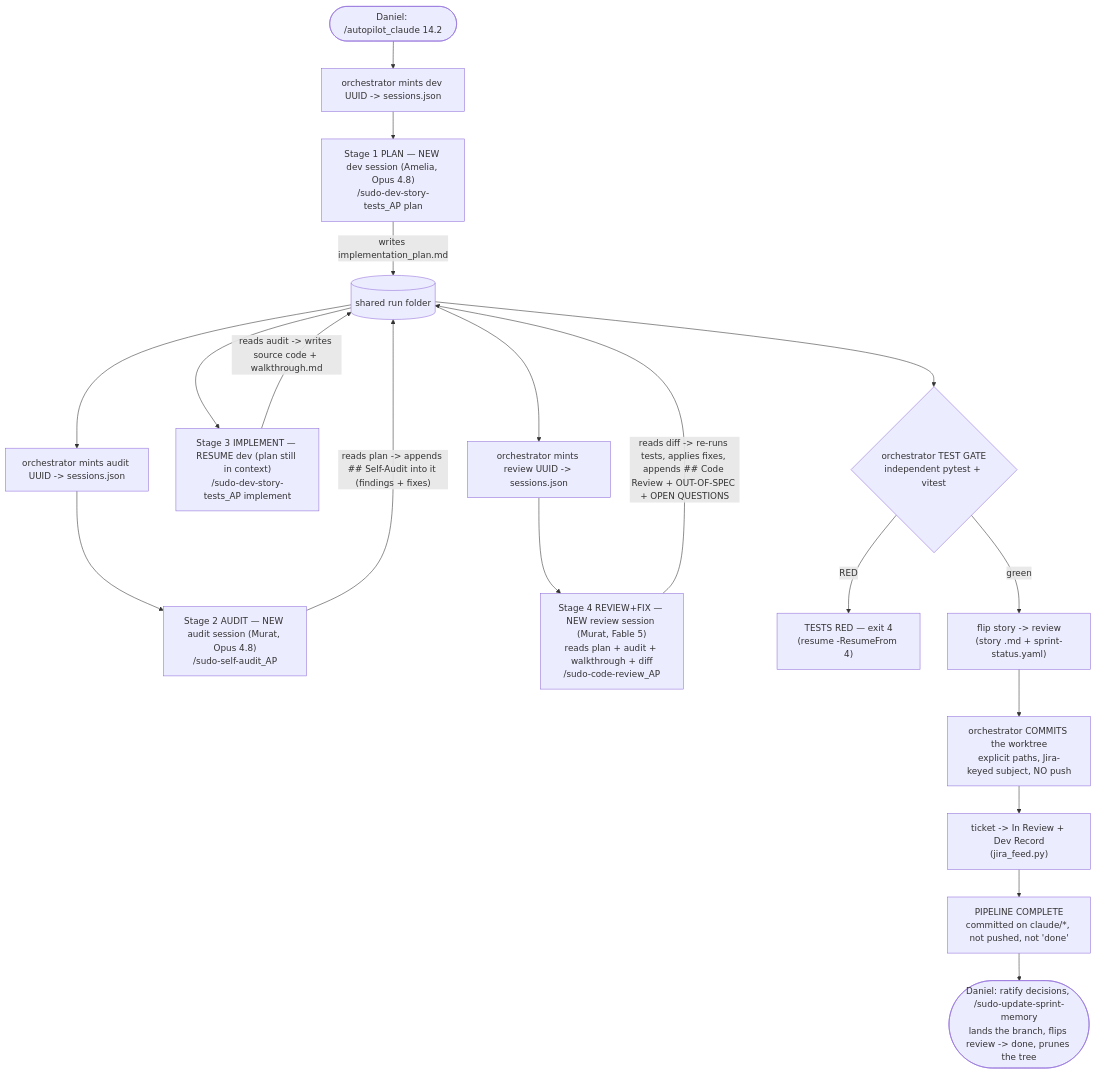
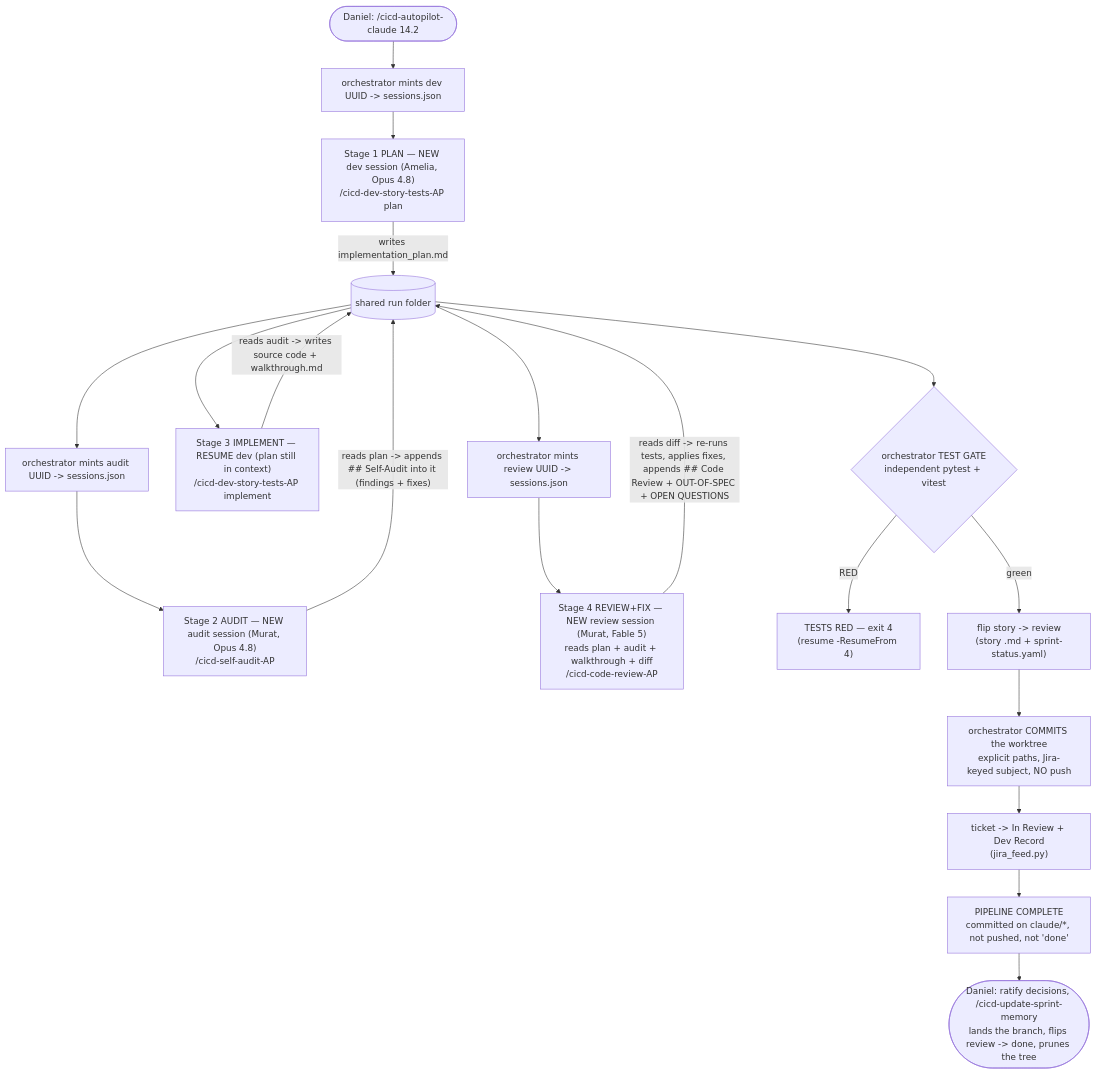
One commit to sudomadhatter/Sudo_Hatter_Command changed the first of 4 diagrams in .agents/reference/autopilot_bmad_dev_loop.md. Above: the diagram before and after it, drawn with Mermaid. The commit also changed other lines of this file and 402 other files, not shown here.

````diff
--- a/.agents/reference/autopilot_bmad_dev_loop.md
+++ b/.agents/reference/autopilot_bmad_dev_loop.md
@@ -70,21 +70,21 @@
 ```mermaid
 flowchart TD
-    D(["Daniel: /autopilot_claude 14.2"]) --> M1["orchestrator mints dev UUID -> sessions.json"]
-    M1 --> S1["Stage 1 PLAN — NEW dev session (Amelia, Opus 4.8)<br/>/sudo-dev-story-tests_AP plan"]
+    D(["Daniel: /cicd-autopilot-claude 14.2"]) --> M1["orchestrator mints dev UUID -> sessions.json"]
+    M1 --> S1["Stage 1 PLAN — NEW dev session (Amelia, Opus 4.8)<br/>/cicd-dev-story-tests-AP plan"]
     S1 -->|"writes implementation_plan.md"| F[("shared run folder")]
     F --> M2["orchestrator mints audit UUID -> sessions.json"]
-    M2 --> S2["Stage 2 AUDIT — NEW audit session (Murat, Opus 4.8)<br/>/sudo-self-audit_AP"]
+    M2 --> S2["Stage 2 AUDIT — NEW audit session (Murat, Opus 4.8)<br/>/cicd-self-audit-AP"]
     S2 -->|"reads plan -> appends ## Self-Audit into it (findings + fixes)"| F
-    F --> S3["Stage 3 IMPLEMENT — RESUME dev (plan still in context)<br/>/sudo-dev-story-tests_AP implement"]
+    F --> S3["Stage 3 IMPLEMENT — RESUME dev (plan still in context)<br/>/cicd-dev-story-tests-AP implement"]
     S3 -->|"reads audit -> writes source code + walkthrough.md"| F
     F --> M3["orchestrator mints review UUID -> sessions.json"]
-    M3 --> S4["Stage 4 REVIEW+FIX — NEW review session (Murat, Fable 5)<br/>reads plan + audit + walkthrough + diff<br/>/sudo-code-review_AP"]
+    M3 --> S4["Stage 4 REVIEW+FIX — NEW review session (Murat, Fable 5)<br/>reads plan + audit + walkthrough + diff<br/>/cicd-code-review-AP"]
     S4 -->|"reads diff -> re-runs tests, applies fixes, appends ## Code Review + OUT-OF-SPEC + OPEN QUESTIONS"| F
     F --> G{"orchestrator TEST GATE<br/>independent pytest + vitest"}
     G -->|"RED"| RED["TESTS RED — exit 4<br/>(resume -ResumeFrom 4)"]
     G -->|"green"| RV["flip story -> review<br/>(story .md + sprint-status.yaml)"]
     RV --> CM["orchestrator COMMITS the worktree<br/>explicit paths, Jira-keyed subject, NO push"]
     CM --> JR["ticket -> In Review + Dev Record<br/>(jira_feed.py)"]
     JR --> DONE["PIPELINE COMPLETE<br/>committed on claude/*, not pushed, not 'done'"]
-    DONE --> D2(["Daniel: ratify decisions, /sudo-update-sprint-memory<br/>lands the branch, flips review -> done, prunes the tree"])
+    DONE --> D2(["Daniel: ratify decisions, /cicd-update-sprint-memory<br/>lands the branch, flips review -> done, prunes the tree"])
 ```
````
